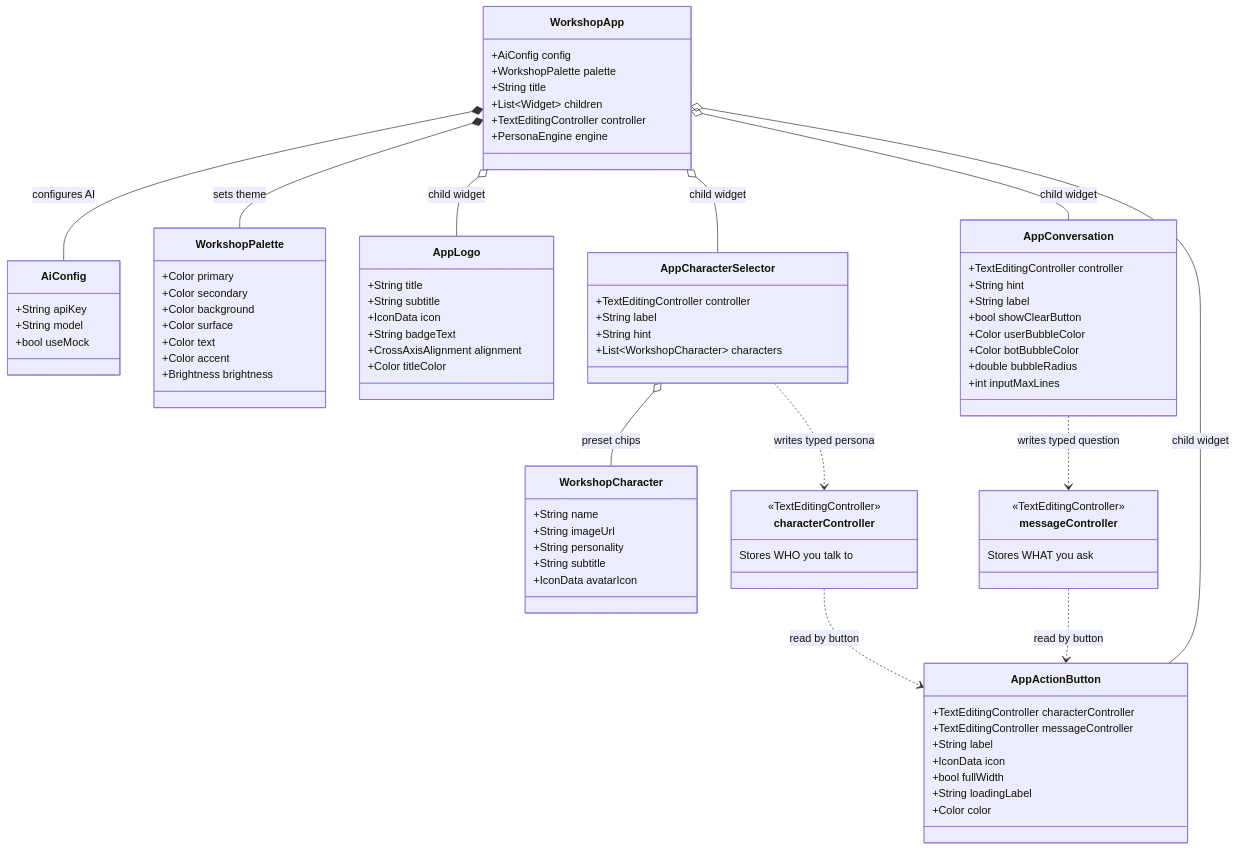
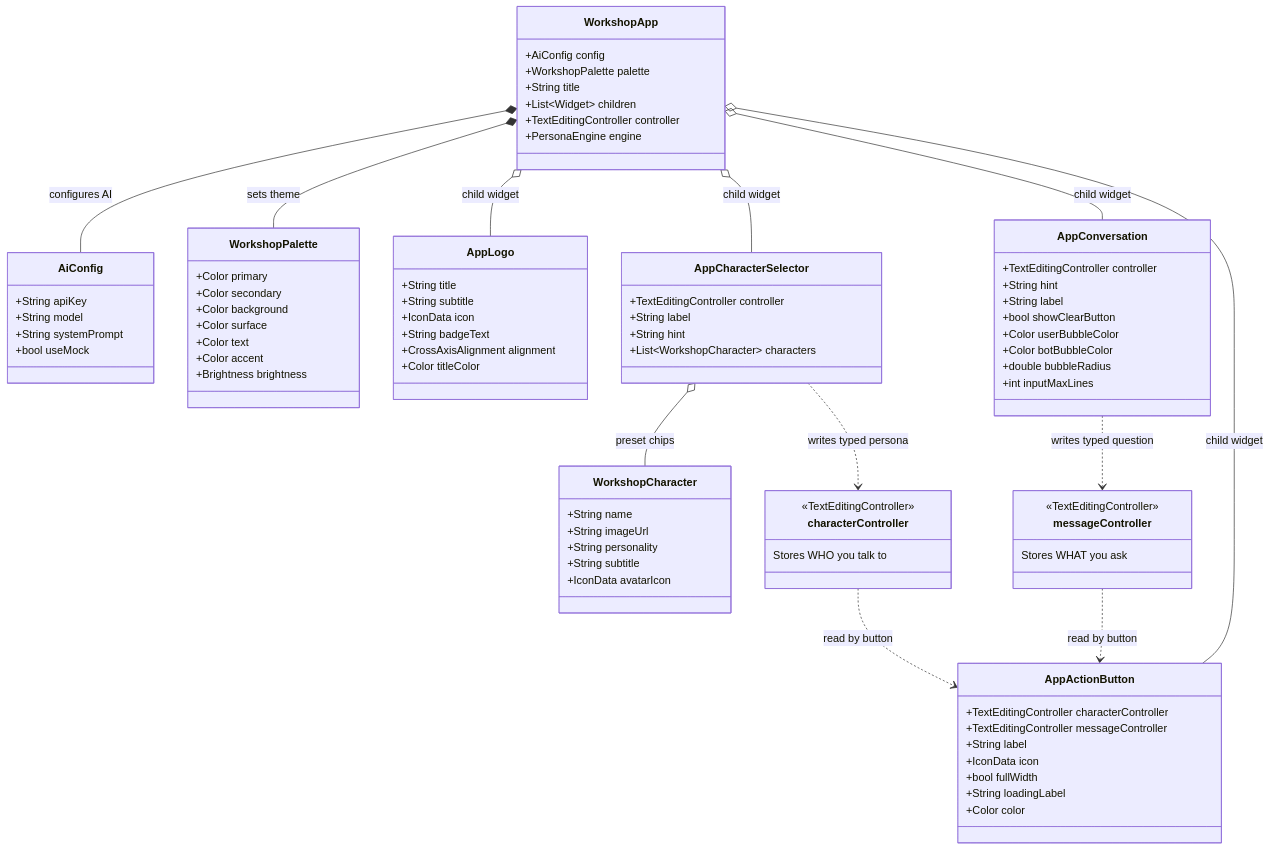
The diagram in WORKSHOP_WIDGETS_AND_CONFIGS.md (sudhanva-bh/ACM_workshop), drawn with Mermaid before and after one commit. The commit also changed other lines of this file and 8 other files, not shown here.

```diff
--- a/WORKSHOP_WIDGETS_AND_CONFIGS.md
+++ b/WORKSHOP_WIDGETS_AND_CONFIGS.md
@@ -13,6 +13,7 @@
     class AiConfig {
         +String apiKey
         +String model
+        +String systemPrompt
         +bool useMock
     }
 
```
